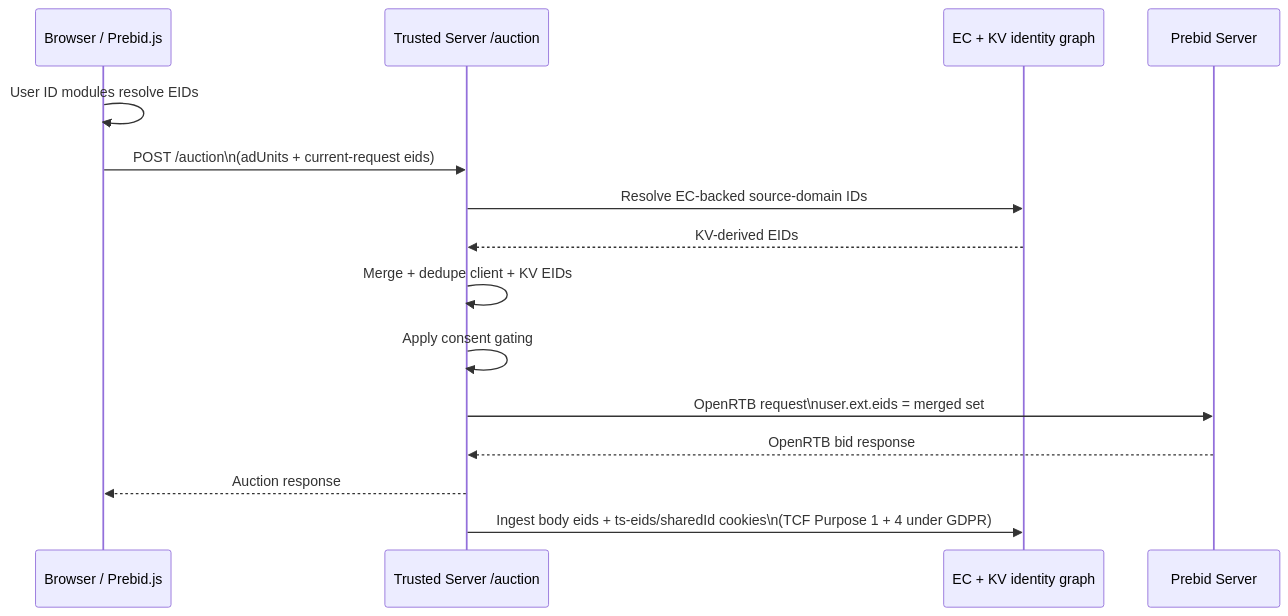
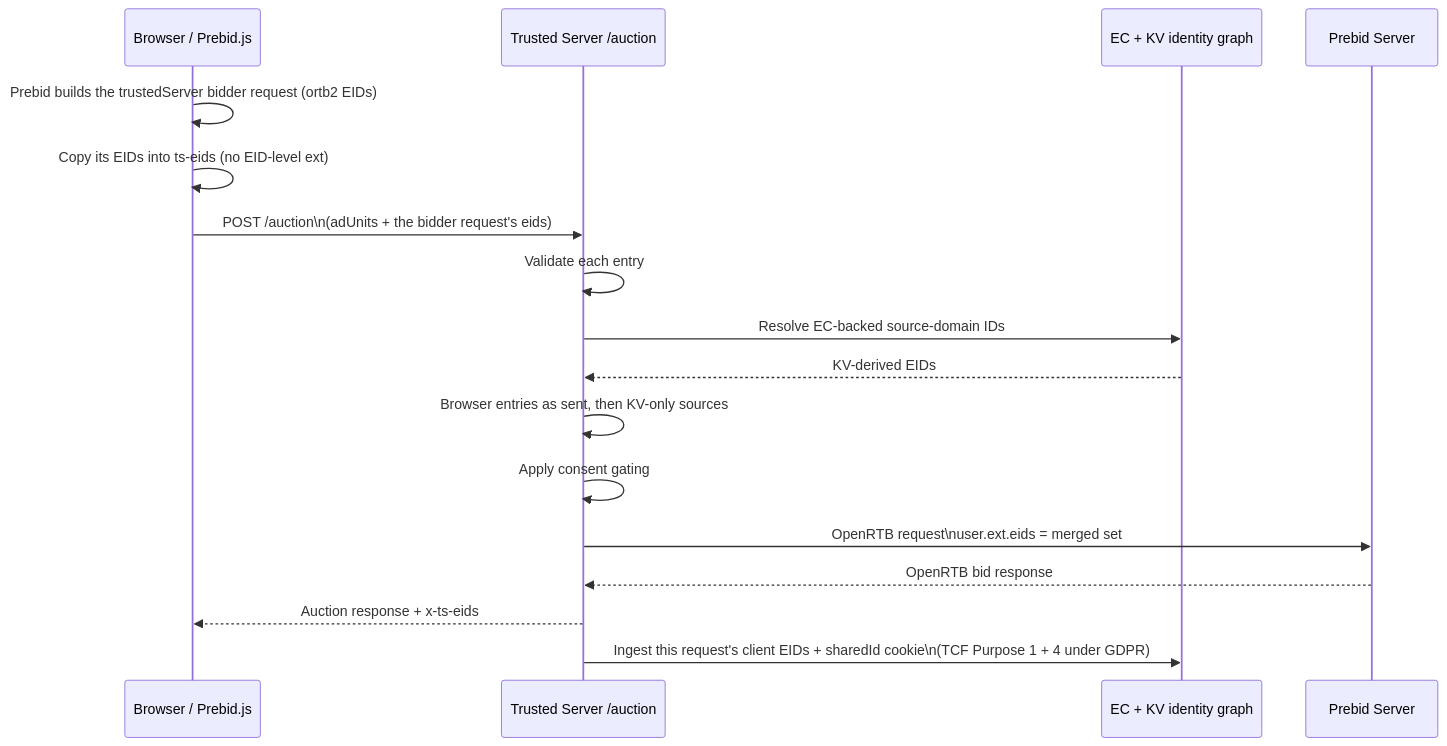
Before and after one commit to IABTechLab/trusted-server: the diagram in docs/guide/integrations/prebid.md, drawn with Mermaid. The commit also changed other lines of this file and 5 other files, not shown here.

First line of the commit message:
Document Prebid EID forwarding, the ts-eids writer and the TCF exception

````diff
--- a/docs/guide/integrations/prebid.md
+++ b/docs/guide/integrations/prebid.md
@@ -953,18 +988,20 @@
 ```mermaid
 sequenceDiagram
     participant B as Browser / Prebid.js
     participant T as Trusted Server /auction
     participant K as EC + KV identity graph
     participant P as Prebid Server
 
-    B->>B: User ID modules resolve EIDs
-    B->>T: POST /auction\n(adUnits + current-request eids)
+    B->>B: Prebid builds the trustedServer bidder request (ortb2 EIDs)
+    B->>B: Copy its EIDs into ts-eids (no EID-level ext)
+    B->>T: POST /auction\n(adUnits + the bidder request's eids)
+    T->>T: Validate each entry
     T->>K: Resolve EC-backed source-domain IDs
     K-->>T: KV-derived EIDs
-    T->>T: Merge + dedupe client + KV EIDs
+    T->>T: Browser entries as sent, then KV-only sources
     T->>T: Apply consent gating
     T->>P: OpenRTB request\nuser.ext.eids = merged set
     P-->>T: OpenRTB bid response
-    T-->>B: Auction response
-    T->>K: Ingest body eids + ts-eids/sharedId cookies\n(TCF Purpose 1 + 4 under GDPR)
+    T-->>B: Auction response + x-ts-eids
+    T->>K: Ingest this request's client EIDs + sharedId cookie\n(TCF Purpose 1 + 4 under GDPR)
 ```
````
